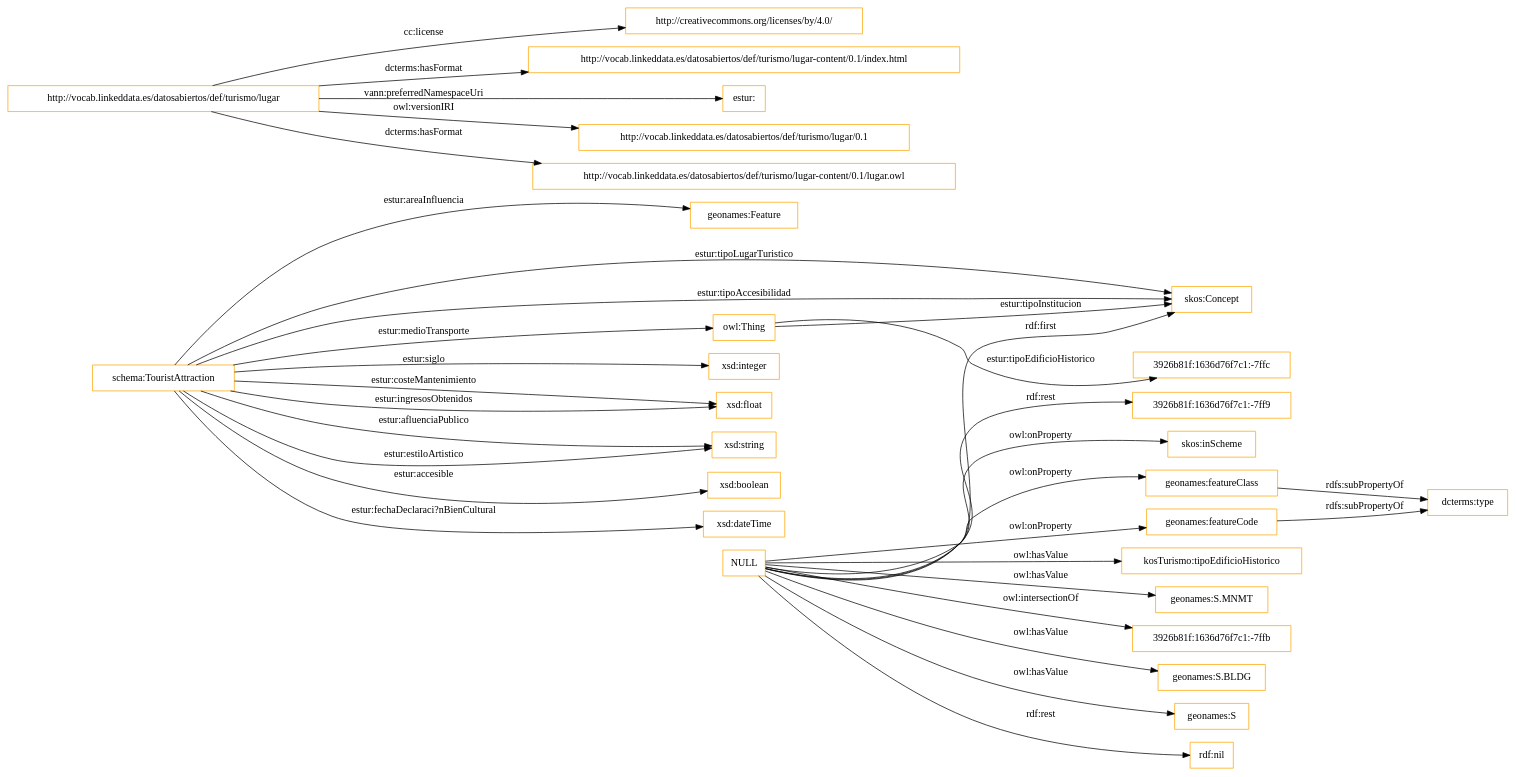
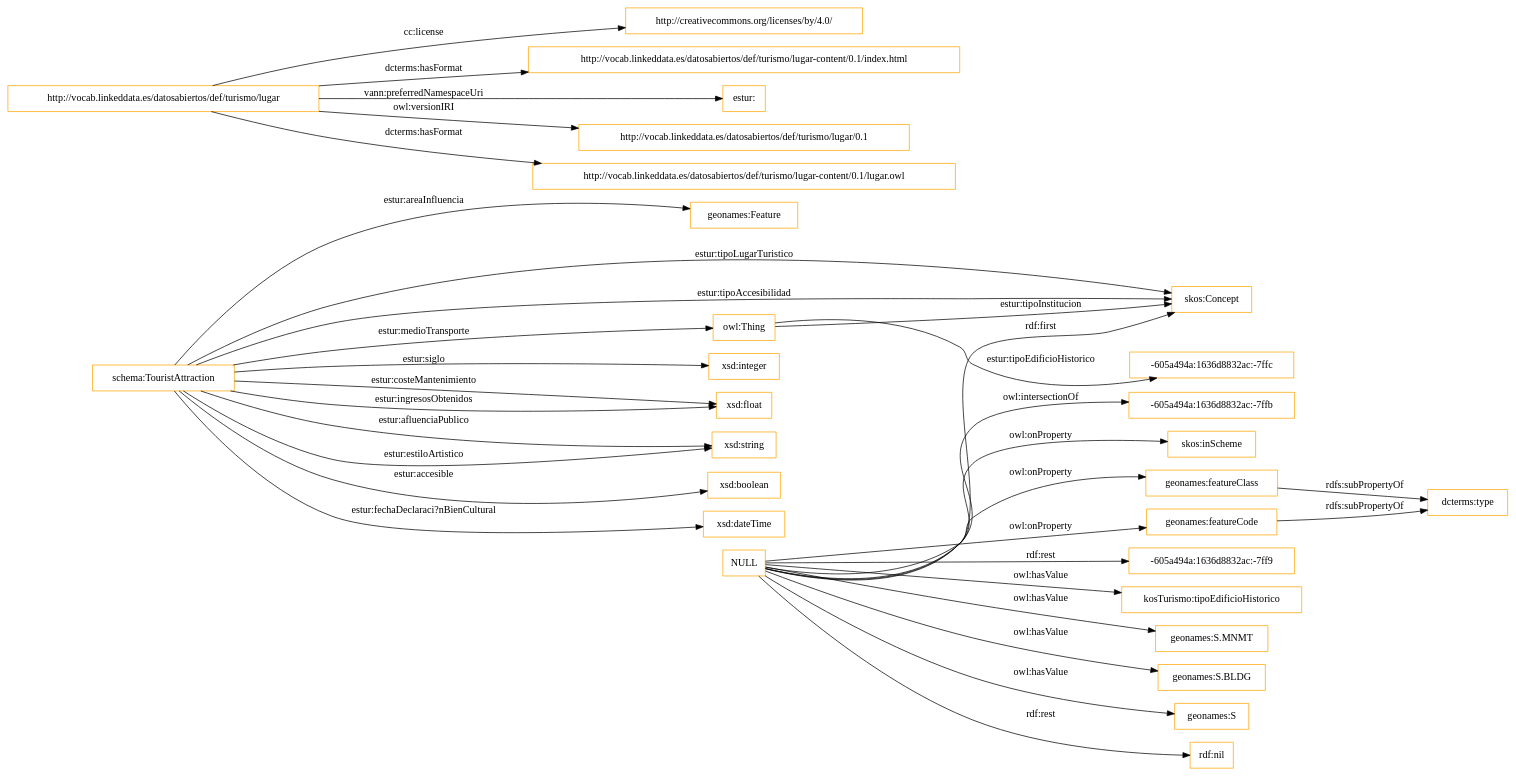
Before and after one commit to ma-garcia/cultura-ocio-lugares-interes: the diagram in OnToology/lugar.owl/diagrams/ar2dtool-class/lugar.owl.png.dot, drawn with Graphviz. The commit also changed 5 other files, not shown here.

```diff
--- a/OnToology/lugar.owl/diagrams/ar2dtool-class/lugar.owl.png.dot
+++ b/OnToology/lugar.owl/diagrams/ar2dtool-class/lugar.owl.png.dot
@@ -1,37 +1,37 @@
 digraph ar2dtool_diagram { 
 rankdir=LR;
 size="1501"
-node [shape = rectangle, color="orange"]; "geonames:Feature" "schema:TouristAttraction" "skos:Concept" "3926b81f:1636d76f7c1:-7ffc" ; /*classes style*/
+node [shape = rectangle, color="orange"]; "geonames:Feature" "schema:TouristAttraction" "-605a494a:1636d8832ac:-7ffc" "skos:Concept" ; /*classes style*/
 	"http://vocab.linkeddata.es/datosabiertos/def/turismo/lugar" -> "http://creativecommons.org/licenses/by/4.0/" [ label = "cc:license" ];
 	"http://vocab.linkeddata.es/datosabiertos/def/turismo/lugar" -> "http://vocab.linkeddata.es/datosabiertos/def/turismo/lugar-content/0.1/index.html" [ label = "dcterms:hasFormat" ];
 	"http://vocab.linkeddata.es/datosabiertos/def/turismo/lugar" -> "estur:" [ label = "vann:preferredNamespaceUri" ];
 	"http://vocab.linkeddata.es/datosabiertos/def/turismo/lugar" -> "http://vocab.linkeddata.es/datosabiertos/def/turismo/lugar/0.1" [ label = "owl:versionIRI" ];
 	"http://vocab.linkeddata.es/datosabiertos/def/turismo/lugar" -> "http://vocab.linkeddata.es/datosabiertos/def/turismo/lugar-content/0.1/lugar.owl" [ label = "dcterms:hasFormat" ];
 	"geonames:featureClass" -> "dcterms:type" [ label = "rdfs:subPropertyOf" ];
 	"NULL" -> "geonames:featureCode" [ label = "owl:onProperty" ];
+	"NULL" -> "-605a494a:1636d8832ac:-7ff9" [ label = "rdf:rest" ];
 	"NULL" -> "kosTurismo:tipoEdificioHistorico" [ label = "owl:hasValue" ];
 	"NULL" -> "geonames:S.MNMT" [ label = "owl:hasValue" ];
-	"NULL" -> "3926b81f:1636d76f7c1:-7ffb" [ label = "owl:intersectionOf" ];
 	"NULL" -> "skos:Concept" [ label = "rdf:first" ];
 	"NULL" -> "geonames:S.BLDG" [ label = "owl:hasValue" ];
 	"NULL" -> "geonames:S" [ label = "owl:hasValue" ];
 	"NULL" -> "rdf:nil" [ label = "rdf:rest" ];
-	"NULL" -> "3926b81f:1636d76f7c1:-7ff9" [ label = "rdf:rest" ];
+	"NULL" -> "-605a494a:1636d8832ac:-7ffb" [ label = "owl:intersectionOf" ];
 	"NULL" -> "geonames:featureClass" [ label = "owl:onProperty" ];
 	"NULL" -> "skos:inScheme" [ label = "owl:onProperty" ];
 	"geonames:featureCode" -> "dcterms:type" [ label = "rdfs:subPropertyOf" ];
 	"schema:TouristAttraction" -> "owl:Thing" [ label = "estur:medioTransporte" ];
-	"owl:Thing" -> "3926b81f:1636d76f7c1:-7ffc" [ label = "estur:tipoEdificioHistorico" ];
+	"owl:Thing" -> "-605a494a:1636d8832ac:-7ffc" [ label = "estur:tipoEdificioHistorico" ];
 	"owl:Thing" -> "skos:Concept" [ label = "estur:tipoInstitucion" ];
 	"schema:TouristAttraction" -> "xsd:integer" [ label = "estur:siglo" ];
 	"schema:TouristAttraction" -> "geonames:Feature" [ label = "estur:areaInfluencia" ];
 	"schema:TouristAttraction" -> "skos:Concept" [ label = "estur:tipoAccesibilidad" ];
 	"schema:TouristAttraction" -> "xsd:float" [ label = "estur:ingresosObtenidos" ];
 	"schema:TouristAttraction" -> "skos:Concept" [ label = "estur:tipoLugarTuristico" ];
 	"schema:TouristAttraction" -> "xsd:string" [ label = "estur:estiloArtistico" ];
 	"schema:TouristAttraction" -> "xsd:string" [ label = "estur:afluenciaPublico" ];
 	"schema:TouristAttraction" -> "xsd:boolean" [ label = "estur:accesible" ];
 	"schema:TouristAttraction" -> "xsd:float" [ label = "estur:costeMantenimiento" ];
 	"schema:TouristAttraction" -> "xsd:dateTime" [ label = "estur:fechaDeclaraci?nBienCultural" ];
 
 }
```
